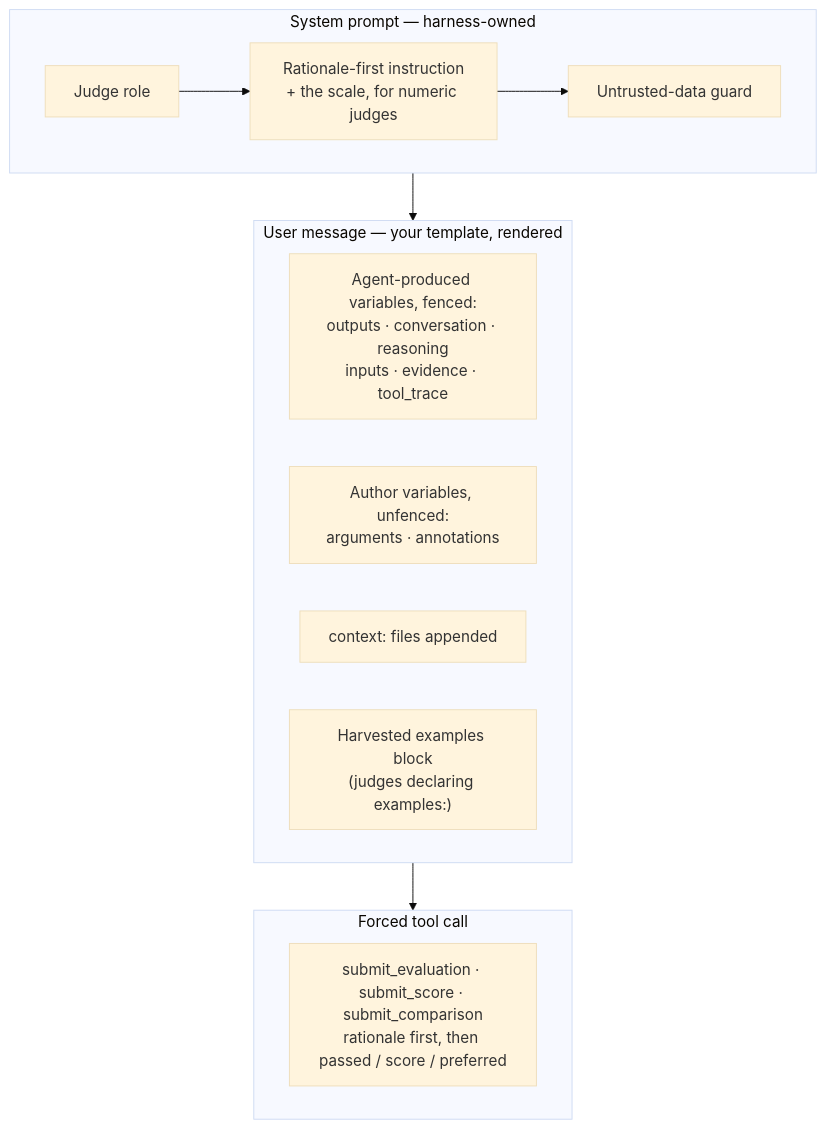
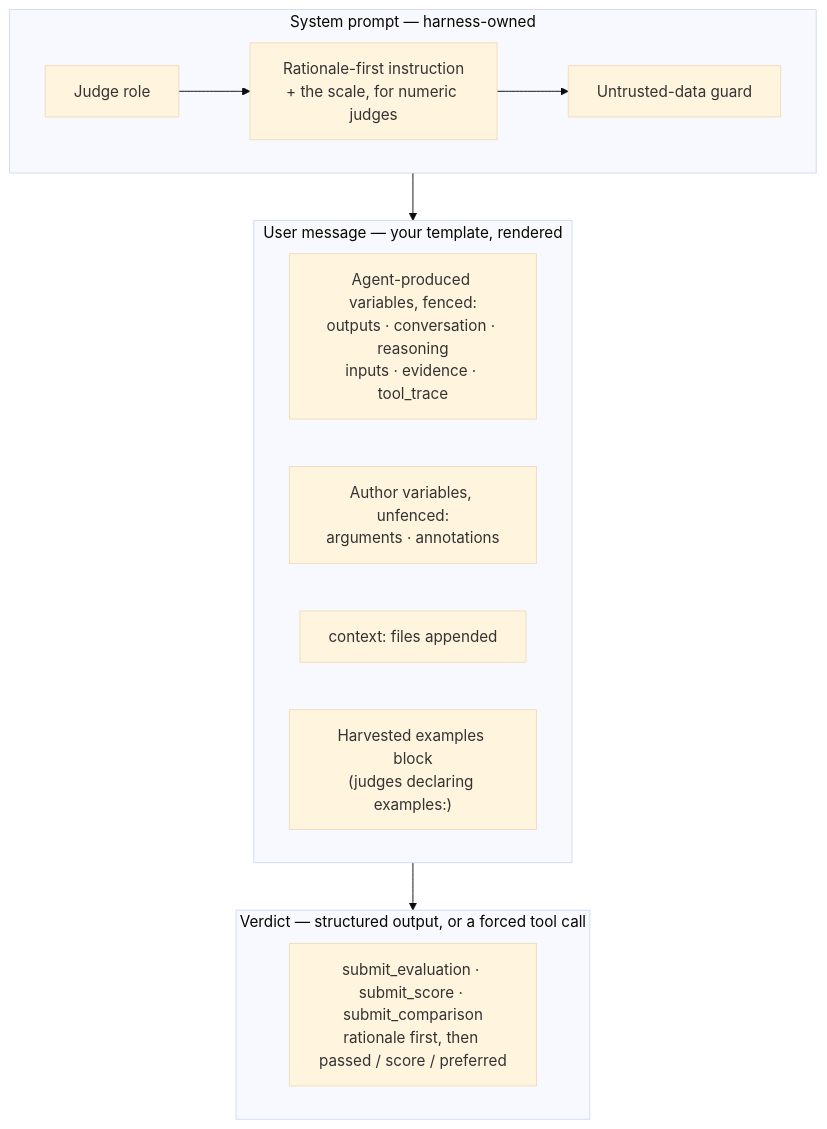
The first of 2 diagrams in website/concepts/judges.md (AIMikav/agent-eval-harness), drawn with Mermaid (base theme) before and after one commit. The commit also changed other lines of this file and 51 other files, not shown here.

First line of the commit message:
feat(judge): carry the verdict as a structured output, with the forced tool call as the fallback (#251)

````diff
--- a/website/concepts/judges.md
+++ b/website/concepts/judges.md
@@ -186,19 +186,19 @@
 ```mermaid
 flowchart TD
     subgraph SYS["System prompt — harness-owned"]
         direction LR
         S1[Judge role] --> S2["Rationale-first instruction<br/>+ the scale, for numeric judges"] --> S3[Untrusted-data guard]
     end
     subgraph USR["User message — your template, rendered"]
         direction LR
         U1["Agent-produced variables, fenced:<br/>outputs · conversation · reasoning<br/>inputs · evidence · tool_trace"]
         U2["Author variables, unfenced:<br/>arguments · annotations"]
         U3["context: files appended"]
         U4["Harvested examples block<br/>(judges declaring examples:)"]
     end
-    subgraph TOOL["Forced tool call"]
+    subgraph TOOL["Verdict — structured output, or a forced tool call"]
         direction LR
         T1["submit_evaluation · submit_score · submit_comparison<br/>rationale first, then passed / score / preferred"]
     end
     SYS --> USR --> TOOL
 ```
````
